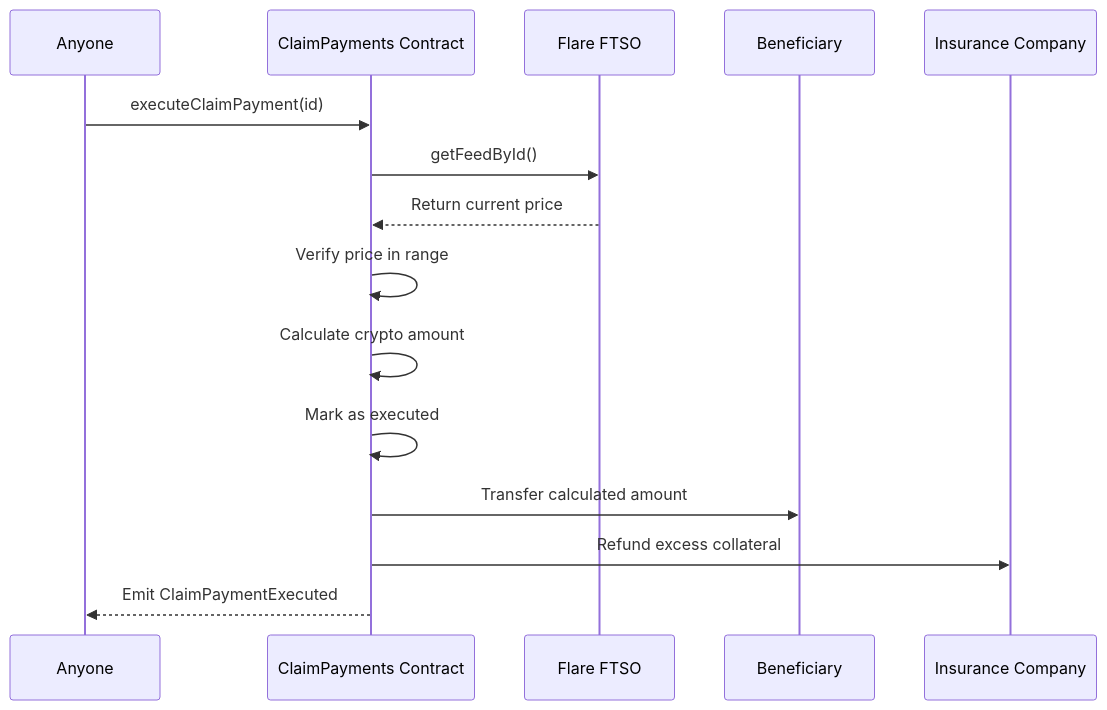
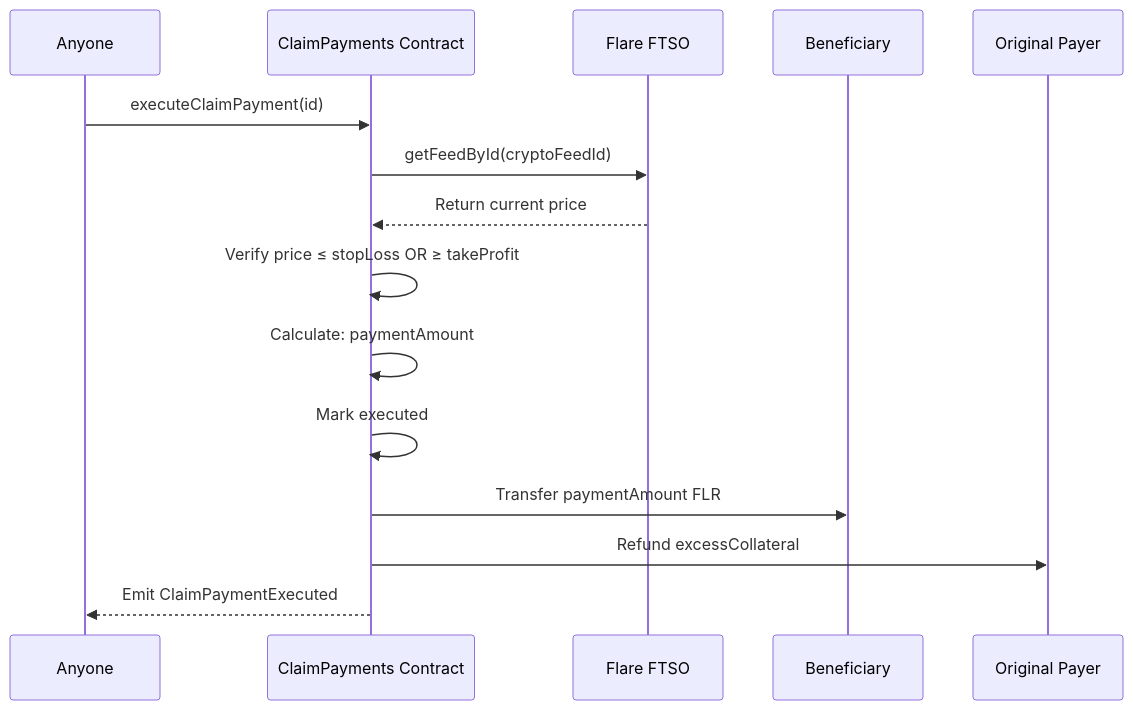
One commit to SLAP-Solutions/Hack022026 changed the third of 3 diagrams in docs/02-how-it-works.md. Above: the diagram before and after it, drawn with Mermaid. The commit also changed other lines of this file and 29 other files, not shown here.

First line of the commit message:
feat: Initialize payment keeper service with TypeScript and contract interaction

````diff
--- a/docs/02-how-it-works.md
+++ b/docs/02-how-it-works.md
@@ -61,18 +112,18 @@
 ```mermaid
 sequenceDiagram
     participant Executor as Anyone
     participant Contract as ClaimPayments Contract
     participant FTSO as Flare FTSO
     participant Receiver as Beneficiary
-    participant Payer as Insurance Company
+    participant Payer as Original Payer
 
     Executor->>Contract: executeClaimPayment(id)
-    Contract->>FTSO: getFeedById()
+    Contract->>FTSO: getFeedById(cryptoFeedId)
     FTSO-->>Contract: Return current price
-    Contract->>Contract: Verify price in range
-    Contract->>Contract: Calculate crypto amount
-    Contract->>Contract: Mark as executed
-    Contract->>Receiver: Transfer calculated amount
-    Contract->>Payer: Refund excess collateral
+    Contract->>Contract: Verify price ≤ stopLoss OR ≥ takeProfit
+    Contract->>Contract: Calculate: paymentAmount
+    Contract->>Contract: Mark executed
+    Contract->>Receiver: Transfer paymentAmount FLR
+    Contract->>Payer: Refund excessCollateral
     Contract-->>Executor: Emit ClaimPaymentExecuted
 ```
````
